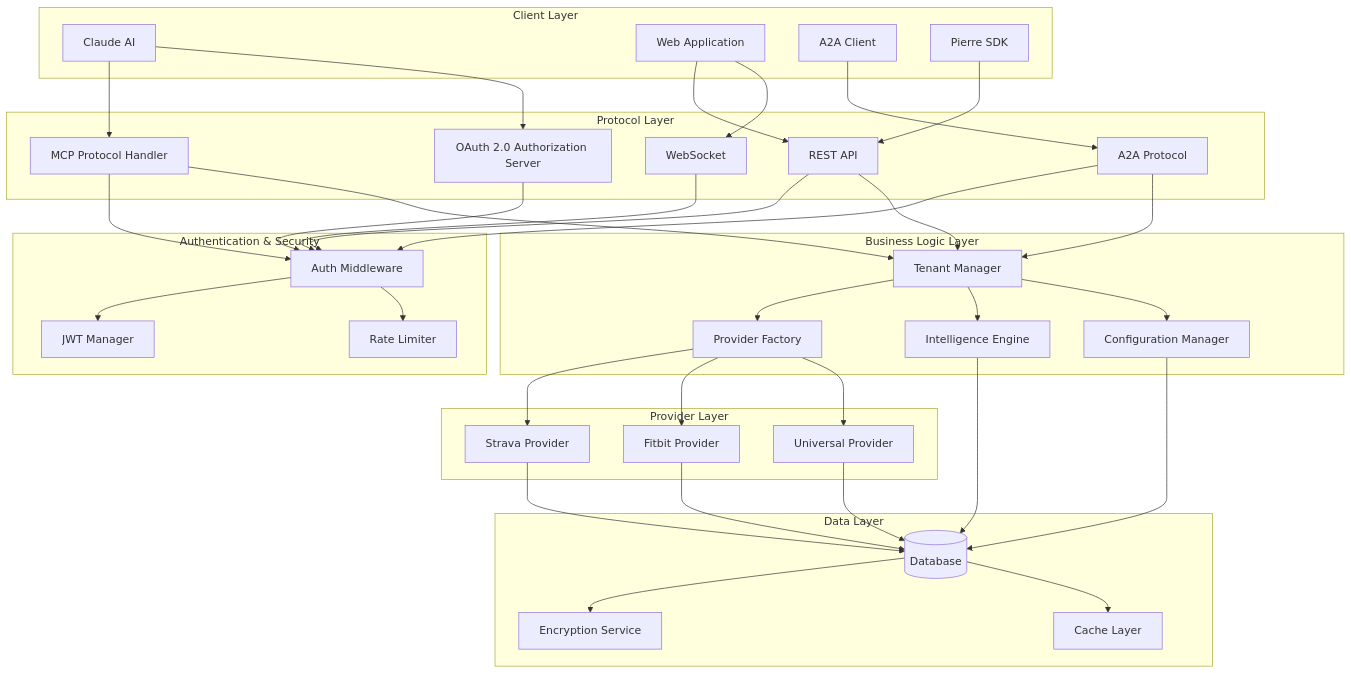
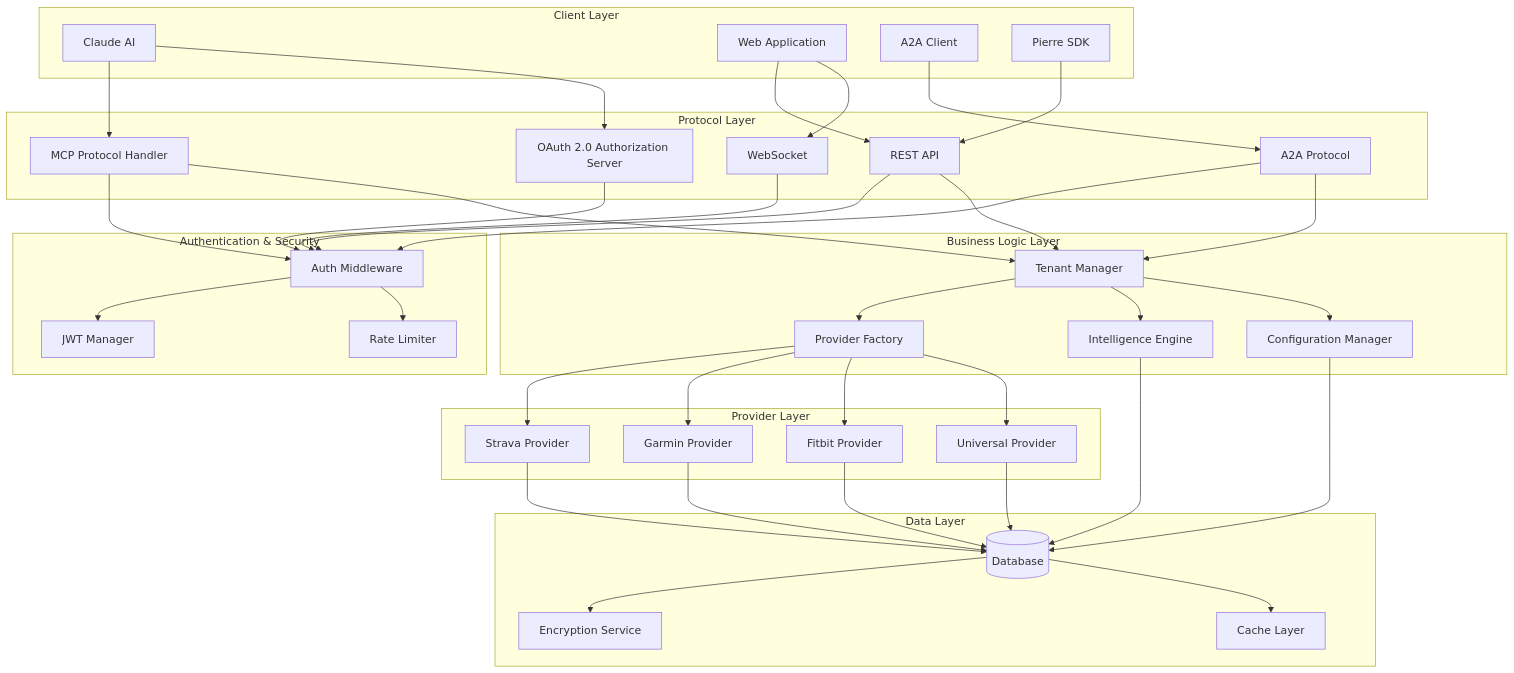
The first of 7 diagrams in docs/developer-guide/01-architecture.md (Async-IO/pierre_mcp_server), drawn with Mermaid before and after one commit. The commit also changed 18 other files, not shown here.

First line of the commit message:
feat: add Garmin provider integration with shared utilities

```diff
--- a/docs/developer-guide/01-architecture.md
+++ b/docs/developer-guide/01-architecture.md
@@ -36,6 +36,7 @@
     
     subgraph "Provider Layer"
         Strava[Strava Provider]
+        Garmin[Garmin Provider]
         Fitbit[Fitbit Provider]
         Universal[Universal Provider]
     end
@@ -71,10 +72,12 @@
     TenantMgr --> ConfigMgr
     
     ProviderFactory --> Strava
+    ProviderFactory --> Garmin
     ProviderFactory --> Fitbit
     ProviderFactory --> Universal
     
     Strava --> DB
+    Garmin --> DB
     Fitbit --> DB
     Universal --> DB
     
```
